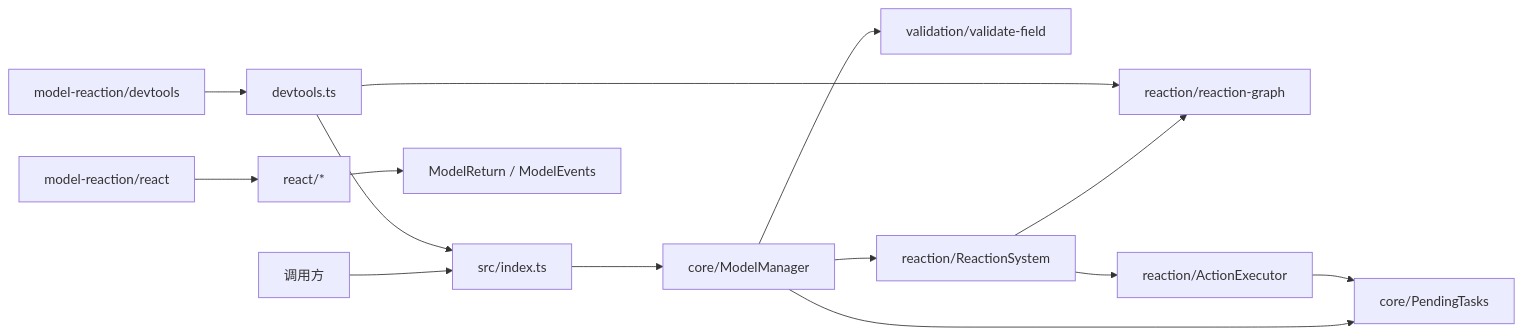
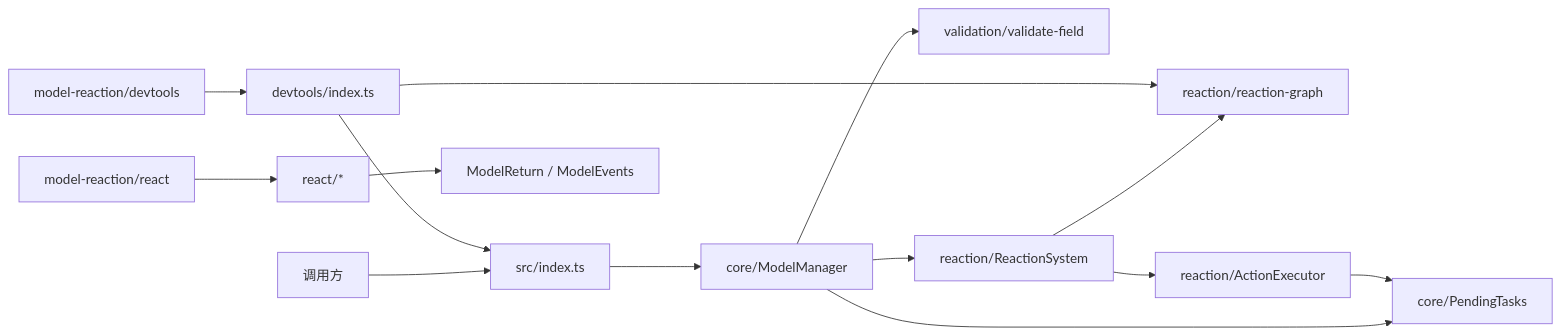
One commit to EdwardZZZ/model-reaction changed the diagram in packages/model-reaction/docs/ARCHITECTURE_CN.md. Above: the diagram before and after it, drawn with Mermaid. The commit also changed other lines of this file and 36 other files, not shown here.

First line of the commit message:
chore(release): prepare model-reaction 2.0.1

````diff
--- a/packages/model-reaction/docs/ARCHITECTURE_CN.md
+++ b/packages/model-reaction/docs/ARCHITECTURE_CN.md
@@ -10,16 +37,16 @@
 ```mermaid
 flowchart LR
     Consumer[调用方] --> Entry[src/index.ts]
     Entry --> Manager[core/ModelManager]
     Manager --> Validation[validation/validate-field]
     Manager --> Reaction[reaction/ReactionSystem]
     Manager --> Tasks[core/PendingTasks]
     Reaction --> Graph[reaction/reaction-graph]
     Reaction --> Actions[reaction/ActionExecutor]
     Actions --> Tasks
     ReactEntry[model-reaction/react] --> ReactAdapter[react/*]
     ReactAdapter --> PublicModel[ModelReturn / ModelEvents]
-    DevEntry[model-reaction/devtools] --> DevAdapter[devtools.ts]
+    DevEntry[model-reaction/devtools] --> DevAdapter[devtools/index.ts]
     DevAdapter --> Entry
     DevAdapter --> Graph
 ```
````
